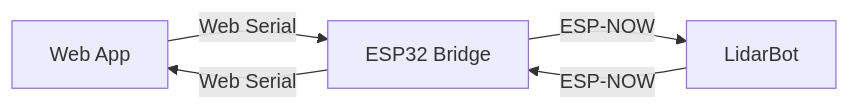
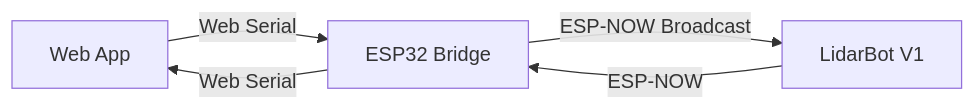
The diagram in .agent/skills/ProtocolExpert/SKILL.md (smeraner/lidar-bot-web), drawn with Mermaid before and after one commit. The commit also changed other lines of this file and 30 other files, not shown here.

`````diff
--- a/.agent/skills/ProtocolExpert/SKILL.md
+++ b/.agent/skills/ProtocolExpert/SKILL.md
@@ -12,7 +12,7 @@
 ```mermaid
 graph LR
     A[Web App] -- Web Serial --> B[ESP32 Bridge]
-    B -- ESP-NOW --> C[LidarBot]
+    B -- ESP-NOW Broadcast --> C[LidarBot V1]
     C -- ESP-NOW --> B
     B -- Web Serial --> A
-```
+````
`````
